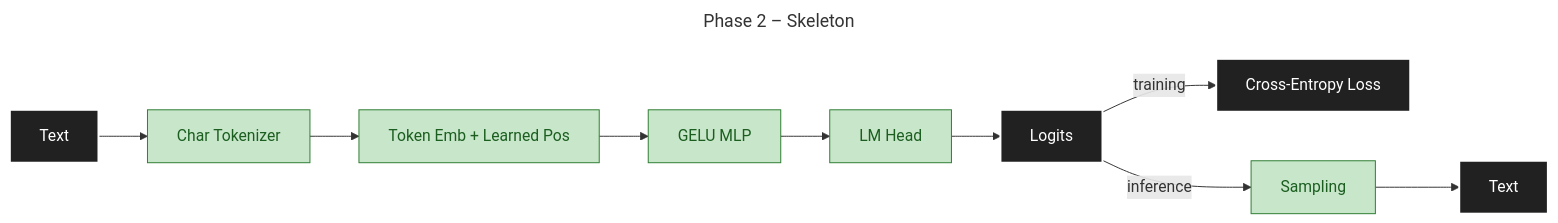
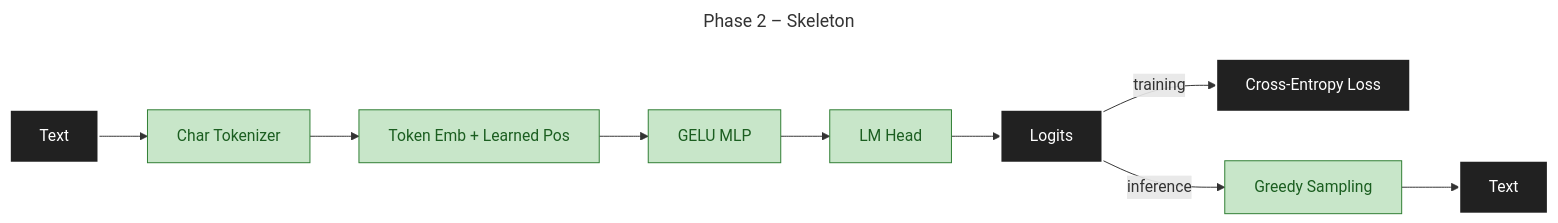
The first of 7 diagrams in docs/DESIGN.md (maxjbarfuss/max_llm), drawn with Mermaid before and after one commit. The commit also changed other lines of this file and 11 other files, not shown here.

Commit message:
Refactor inference utilities and sampling

````diff
--- a/docs/DESIGN.md
+++ b/docs/DESIGN.md
@@ -15,11 +15,11 @@
 ```mermaid
 ---
 title: Phase 2 – Skeleton
 ---
 graph LR
     A[Text]:::io --> B[Char Tokenizer]:::p2 --> C[Token Emb + Learned Pos]:::p2 --> D[GELU MLP]:::p2 --> E[LM Head]:::p2 --> F[Logits]:::io
     F -->|training| G[Cross-Entropy Loss]:::io
-    F -->|inference| H[Sampling]:::p2 --> I[Text]:::io
+    F -->|inference| H[Greedy Sampling]:::p2 --> I[Text]:::io
     classDef io fill:#212121,stroke:#FFFFFF,color:#FFFFFF,stroke-width:2px
     classDef p2 fill:#C8E6C9,stroke:#2E7D32,color:#1B5E20
 ```
````
